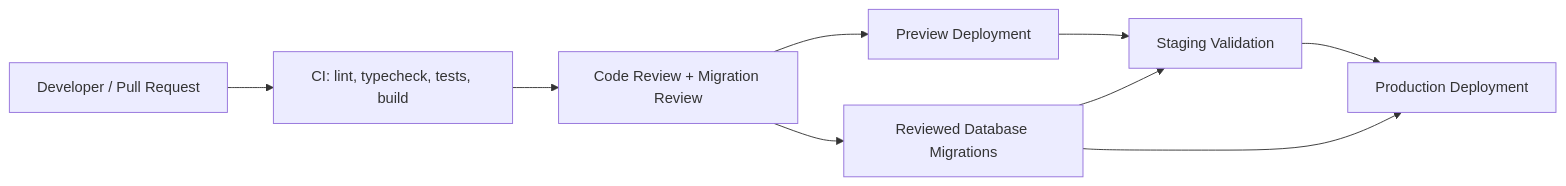
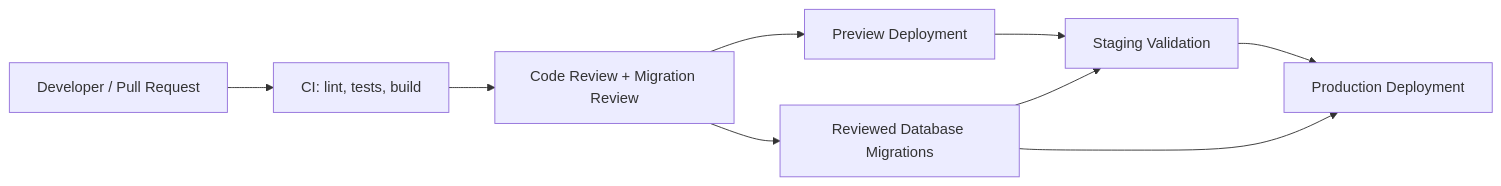
Before and after one commit to adi7406/kurukshetra: the fourth of 4 diagrams in docs/Architecture.md, drawn with Mermaid. The commit also changed other lines of this file and 8 other files, not shown here.

````diff
--- a/docs/Architecture.md
+++ b/docs/Architecture.md
@@ -457,15 +457,15 @@
 ```mermaid
 flowchart LR
     Dev[Developer / Pull Request]
-    CI[CI: lint, typecheck, tests, build]
+    CI[CI: lint, tests, build]
     Review[Code Review + Migration Review]
     Preview[Preview Deployment]
     Stage[Staging Validation]
     Prod[Production Deployment]
     Migrate[Reviewed Database Migrations]
 
     Dev --> CI --> Review --> Preview --> Stage --> Prod
     Review --> Migrate
     Migrate --> Stage
     Migrate --> Prod
 ```
````
